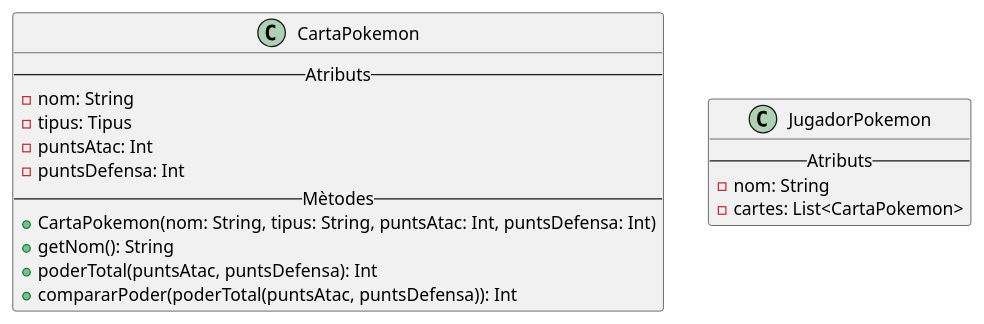
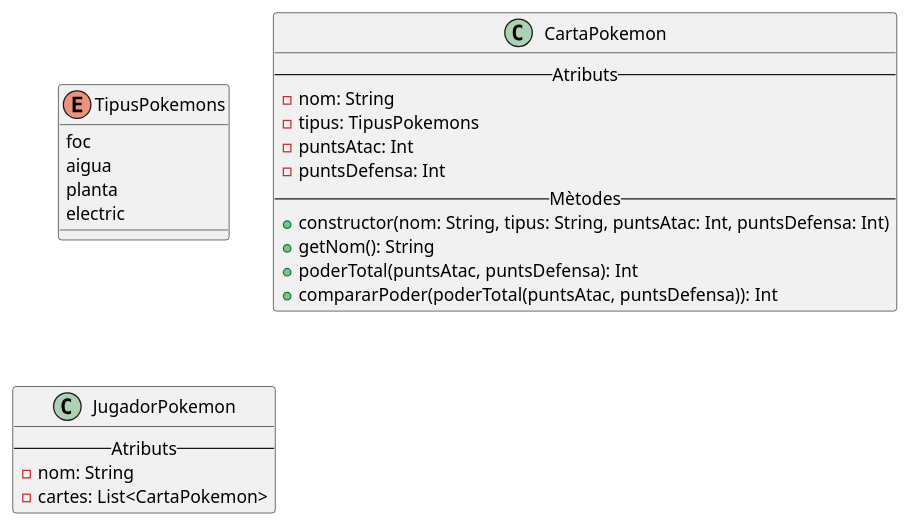
Before and after one commit to Dani-Alarcon/M5-A08-Disseny-de-diagrames-Classes-Dani-Alarcon: the diagram in src/main/kotlin/uml/Exercici1-Pokemon.puml, drawn with PlantUML. The commit also changed 3 other files, not shown here.

```diff
--- a/src/main/kotlin/uml/Exercici1-Pokemon.puml
+++ b/src/main/kotlin/uml/Exercici1-Pokemon.puml
@@ -1,23 +1,30 @@
 @startuml
 'https://plantuml.com/class-diagram
+
+enum TipusPokemons {
+    foc
+    aigua
+    planta
+    electric
+}
 
 class CartaPokemon {
     -- Atributs --
     - nom: String
-    - tipus: Tipus
+    - tipus: TipusPokemons
     - puntsAtac: Int
     - puntsDefensa: Int
     -- Mètodes --
-    + CartaPokemon(nom: String, tipus: String, puntsAtac: Int, puntsDefensa: Int)
+    + constructor(nom: String, tipus: String, puntsAtac: Int, puntsDefensa: Int)
     + getNom(): String
     + poderTotal(puntsAtac, puntsDefensa): Int
     + compararPoder(poderTotal(puntsAtac, puntsDefensa)): Int
 }
 
 class JugadorPokemon {
     -- Atributs --
     - nom: String
     - cartes: List<CartaPokemon>
 }
 
 @enduml
```
